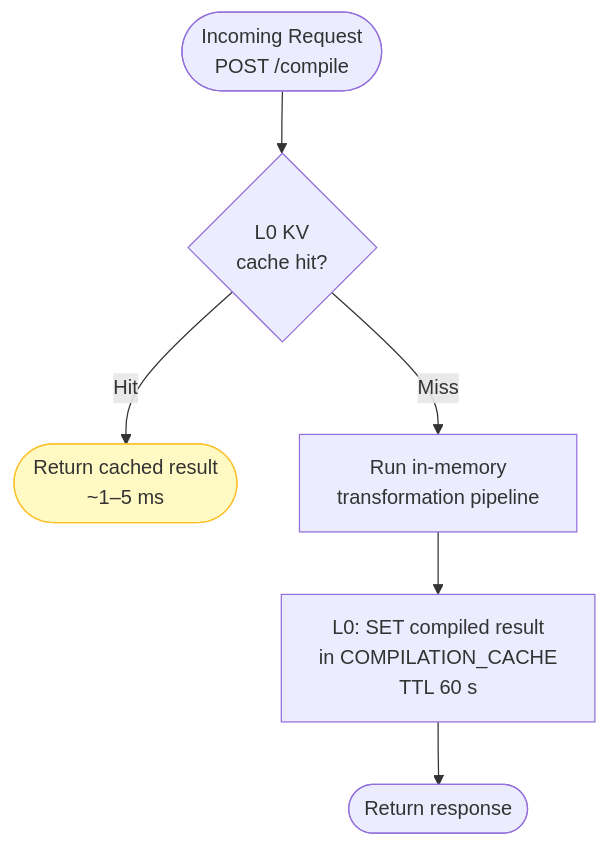
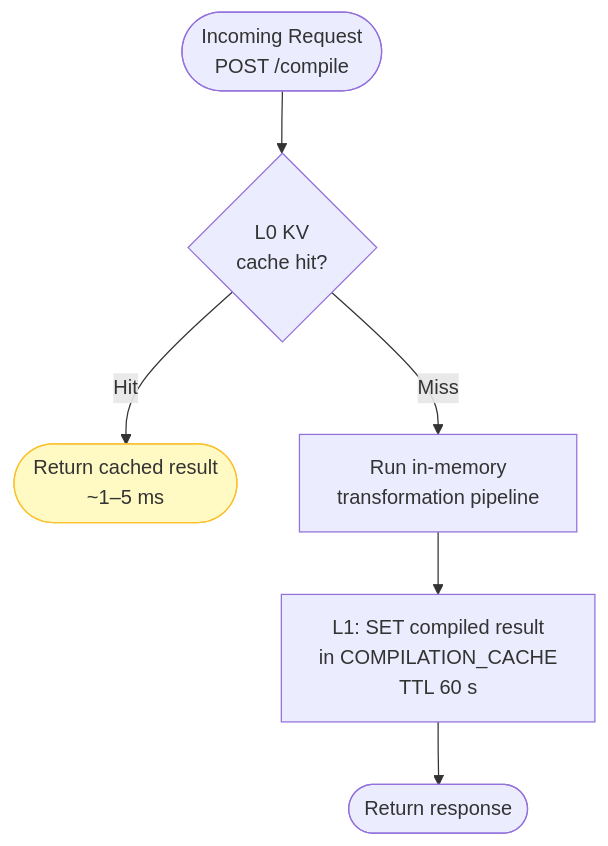
One commit to jaypatrick/adblock-compiler changed the second of 9 diagrams in docs/database-setup/DATABASE_ARCHITECTURE.md. Above: the diagram before and after it, drawn with Mermaid. The commit also changed other lines of this file and 7 other files, not shown here.

````diff
--- a/docs/database-setup/DATABASE_ARCHITECTURE.md
+++ b/docs/database-setup/DATABASE_ARCHITECTURE.md
@@ -76,11 +76,11 @@
 ```mermaid
 flowchart TD
     REQ([Incoming Request\nPOST /compile]) --> KV_CHECK{L0 KV\ncache hit?}
 
     KV_CHECK -->|Hit| RETURN_KV([Return cached result\n~1–5 ms])
     KV_CHECK -->|Miss| DO_COMPILE[Run in-memory\ntransformation pipeline]
-    DO_COMPILE --> KV_WRITE[L0: SET compiled result\nin COMPILATION_CACHE\nTTL 60 s]
+    DO_COMPILE --> KV_WRITE[L1: SET compiled result\nin COMPILATION_CACHE\nTTL 60 s]
     KV_WRITE --> RESPOND([Return response])
 
     style RETURN_KV fill:#fff9c4,stroke:#fbc02d
 ```
````
